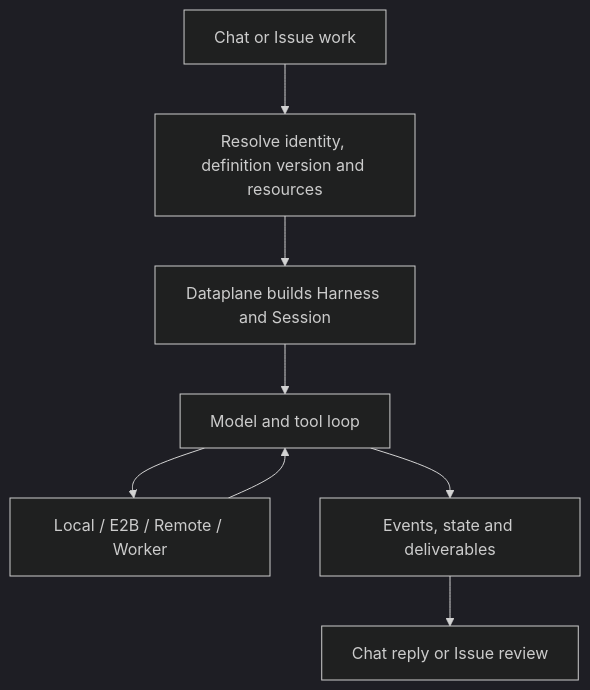
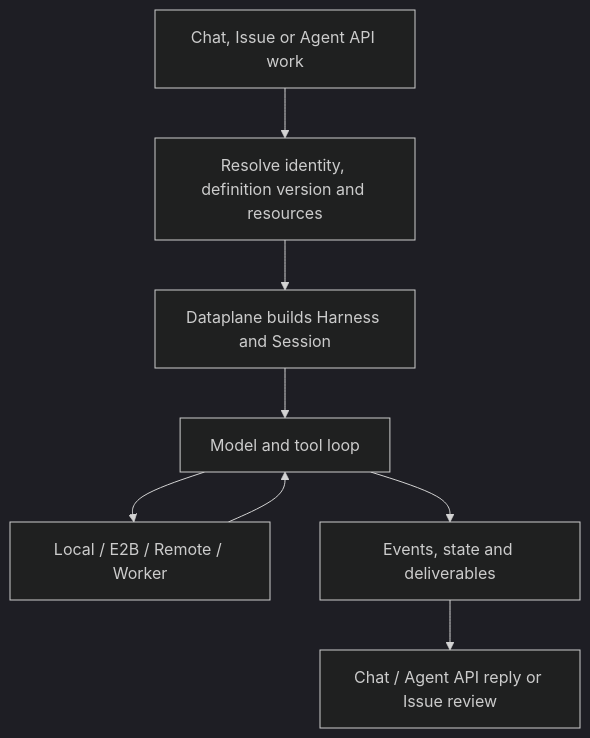
The diagram in docs/v2/en/service/managed-agent-execution.md (agentscope-ai/agentscope-java), drawn with Mermaid (dark theme) before and after one commit. The commit also changed other lines of this file and 1075 other files, not shown here.

````diff
--- a/docs/v2/en/service/managed-agent-execution.md
+++ b/docs/v2/en/service/managed-agent-execution.md
@@ -12,10 +12,10 @@
 ```mermaid
 flowchart TD
-  A[Chat or Issue work] --> B[Resolve identity, definition version and resources]
+  A[Chat, Issue or Agent API work] --> B[Resolve identity, definition version and resources]
   B --> C[Dataplane builds Harness and Session]
   C --> D[Model and tool loop]
   D --> E[Local / E2B / Remote / Worker]
   E --> D
   D --> F[Events, state and deliverables]
-  F --> G[Chat reply or Issue review]
+  F --> G[Chat / Agent API reply or Issue review]
 ```
````
